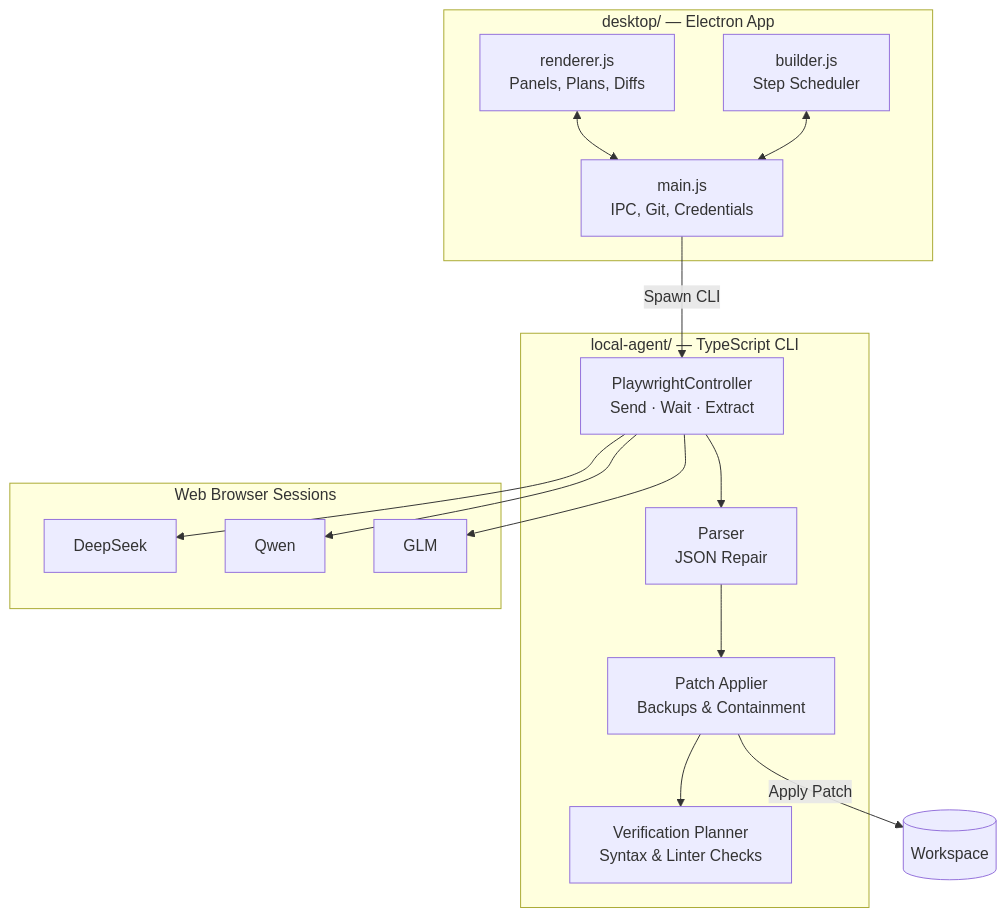
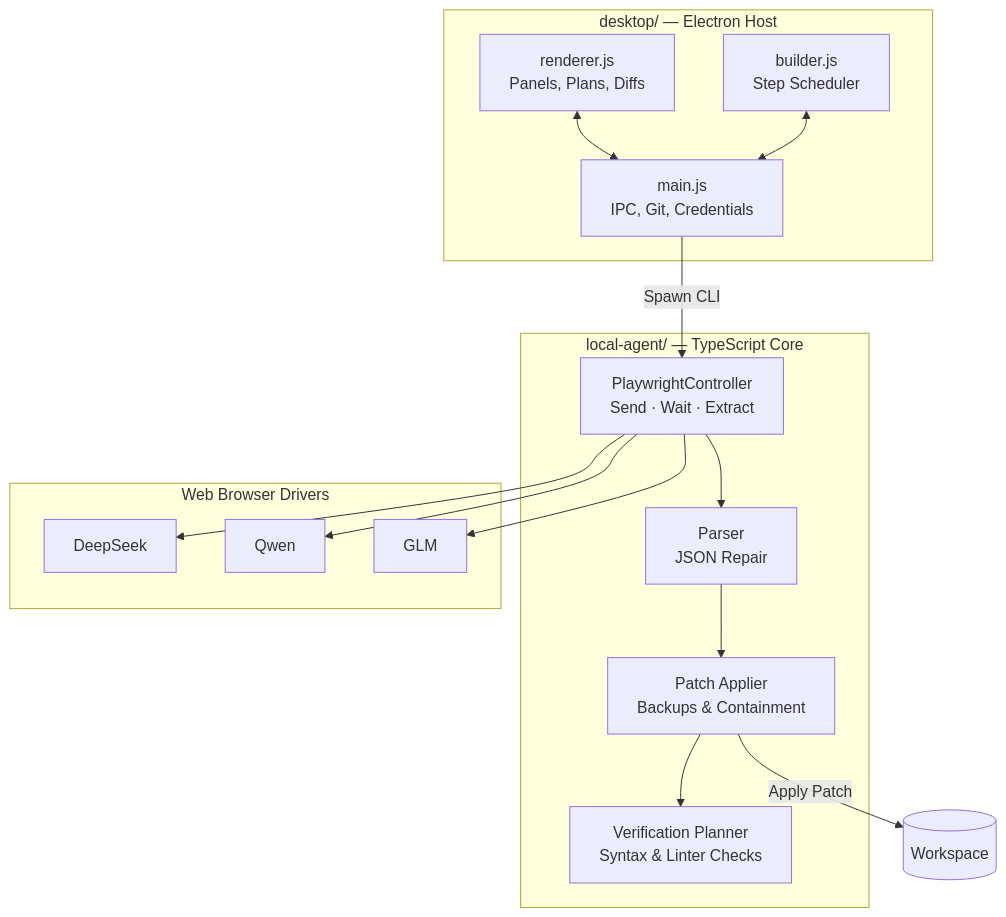
The diagram in README.md (siddarth1872004/CloseNI), drawn with Mermaid before and after one commit. The commit also changed other lines of this file, not shown here.

````diff
--- a/README.md
+++ b/README.md
@@ -61,30 +61,30 @@
 ```mermaid
 flowchart TB
-    subgraph desktop["desktop/ — Electron App"]
+    subgraph desktop["desktop/ — Electron Host"]
         R["renderer.js<br/>Panels, Plans, Diffs"]
         B["builder.js<br/>Step Scheduler"]
         M["main.js<br/>IPC, Git, Credentials"]
         R <--> M
         B <--> M
     end
 
-    subgraph agent["local-agent/ — TypeScript CLI"]
+    subgraph agent["local-agent/ — TypeScript Core"]
         C["PlaywrightController<br/>Send · Wait · Extract"]
         P["Parser<br/>JSON Repair"]
         A["Patch Applier<br/>Backups & Containment"]
         V["Verification Planner<br/>Syntax & Linter Checks"]
         C --> P --> A --> V
     end
 
-    subgraph web["Web Browser Sessions"]
+    subgraph web["Web Browser Drivers"]
         D["DeepSeek"]
         Q["Qwen"]
         G["GLM"]
     end
 
     M -->|"Spawn CLI"| C
     C --> D
     C --> Q
     C --> G
     A -->|"Apply Patch"| W[("Workspace")]
 ```
````
